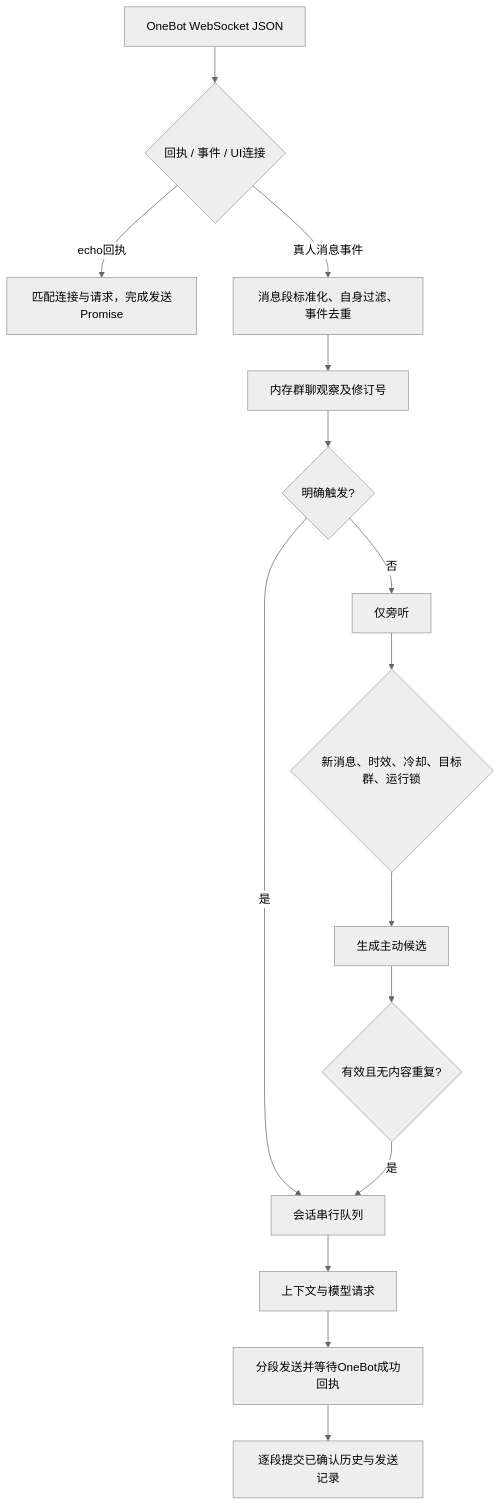
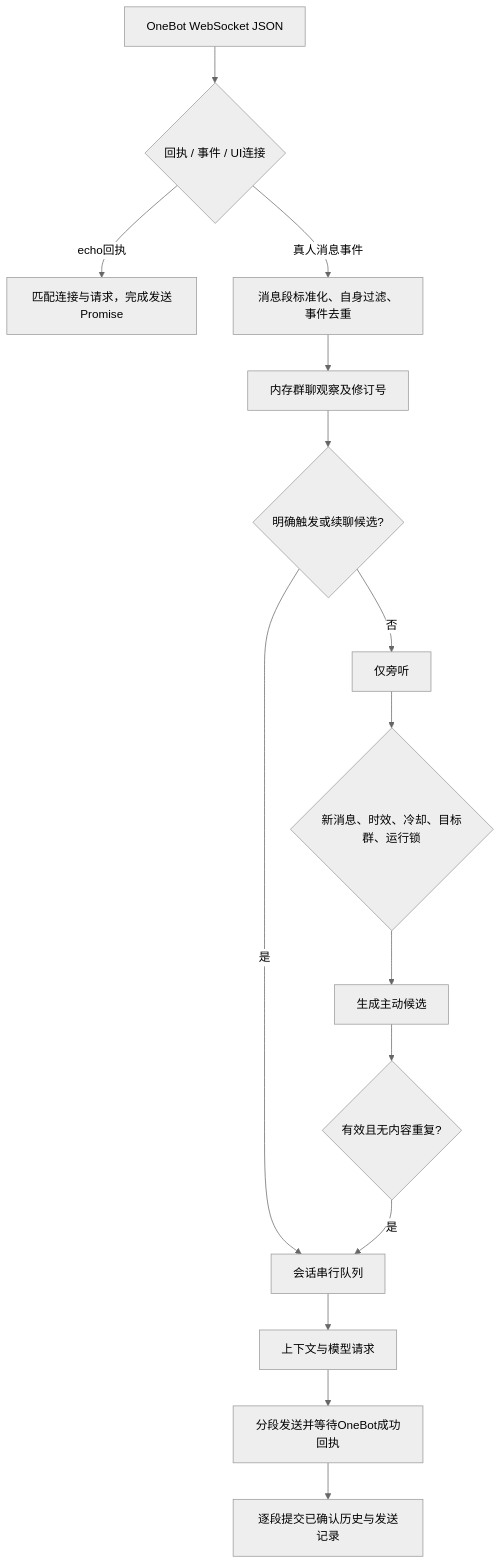
One commit to Byldxxy/HYACINE-AI changed the diagram in BOT_LOGIC.md. Above: the diagram before and after it, drawn with Mermaid (neutral theme). The commit also changed other lines of this file and 85 other files, not shown here.

````diff
--- a/BOT_LOGIC.md
+++ b/BOT_LOGIC.md
@@ -15,17 +15,17 @@
 ```mermaid
 flowchart TD
     A[OneBot WebSocket JSON] --> B{回执 / 事件 / UI连接}
     B -->|echo回执| C[匹配连接与请求，完成发送Promise]
     B -->|真人消息事件| D[消息段标准化、自身过滤、事件去重]
     D --> E[内存群聊观察及修订号]
-    E --> F{明确触发?}
+    E --> F{明确触发或续聊候选?}
     F -->|是| G[会话串行队列]
     F -->|否| H[仅旁听]
     H --> I{新消息、时效、冷却、目标群、运行锁}
     I --> J[生成主动候选]
     J --> K{有效且无内容重复?}
     K -->|是| G
     G --> L[上下文与模型请求]
     L --> M[分段发送并等待OneBot成功回执]
     M --> N[逐段提交已确认历史与发送记录]
 ```
````
